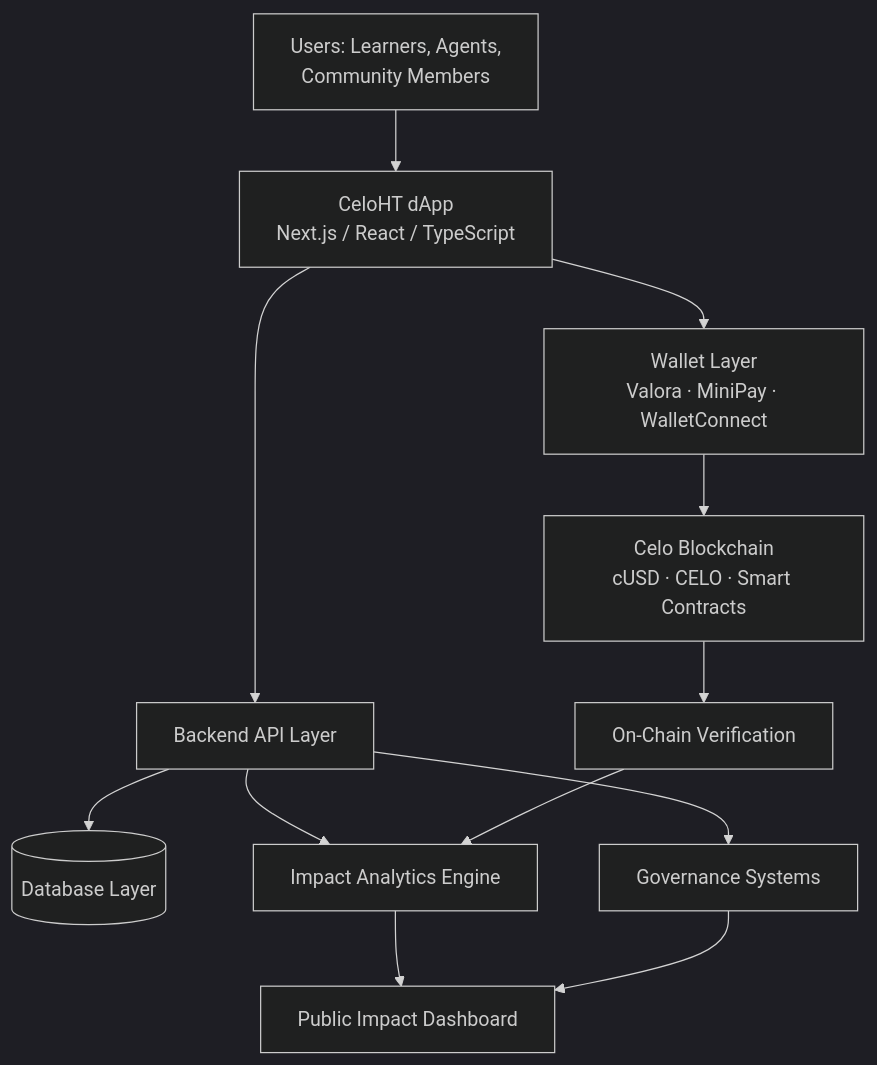
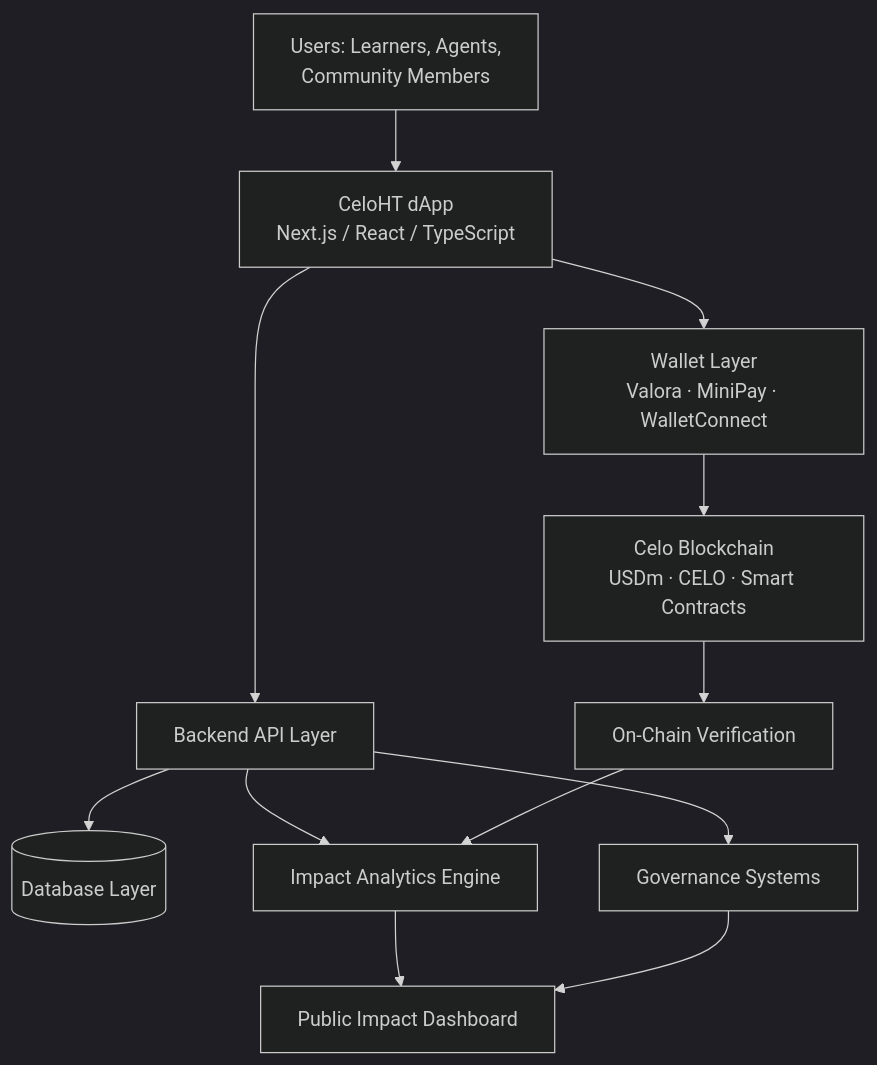
Before and after one commit to Celo-HaiTi/CeloHT: the first of 10 diagrams in ARCHITECTURE.md, drawn with Mermaid (dark theme). The commit also changed other lines of this file and 46 other files, not shown here.

Commit message:
Migrate cUSD terminology to USDm

````diff
--- a/ARCHITECTURE.md
+++ b/ARCHITECTURE.md
@@ -54,14 +54,14 @@
 ```mermaid
 graph TD
     U[Users: Learners, Agents,<br/>Community Members] --> DAPP[CeloHT dApp<br/>Next.js / React / TypeScript]
     DAPP --> WALLET[Wallet Layer<br/>Valora · MiniPay · WalletConnect]
-    WALLET --> CHAIN[Celo Blockchain<br/>cUSD · CELO · Smart Contracts]
+    WALLET --> CHAIN[Celo Blockchain<br/>USDm · CELO · Smart Contracts]
     DAPP --> API[Backend API Layer]
     API --> DB[(Database Layer)]
     API --> ANALYTICS[Impact Analytics Engine]
     CHAIN --> VERIFY[On-Chain Verification]
     VERIFY --> ANALYTICS
     ANALYTICS --> DASH[Public Impact Dashboard]
     API --> GOV[Governance Systems]
     GOV --> DASH
 ```
````
